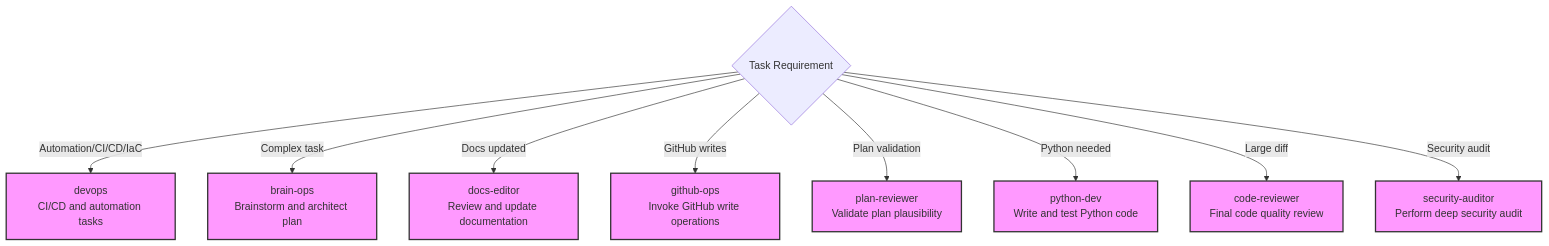
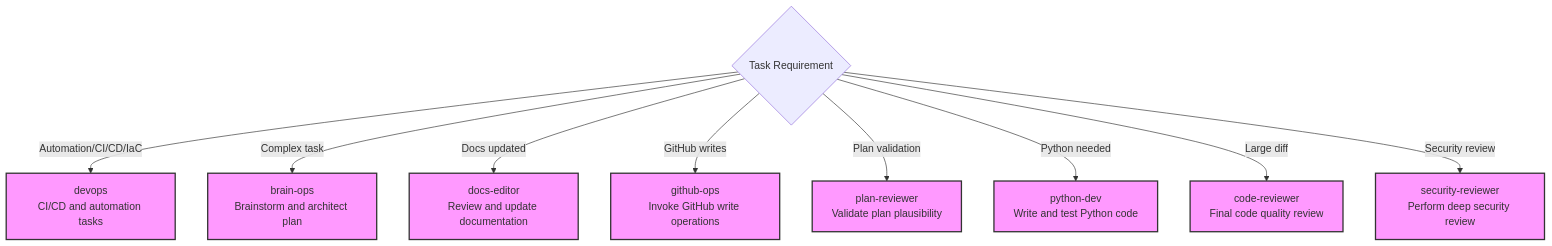
Before and after one commit to Cogni-AI-OU/cogni-ai-agent-skills: the second of 2 diagrams in subagent-task/SKILL.md, drawn with Mermaid. The commit also changed other lines of this file and 12 other files, not shown here.

Commit message:
docs: rename security-audit to security-review

````diff
--- a/subagent-task/SKILL.md
+++ b/subagent-task/SKILL.md
@@ -67,16 +67,16 @@
 ```mermaid
 flowchart TD
     Trigger{Task Requirement}
 
     Trigger -->|Automation/CI/CD/IaC| DevOps["devops<br/>CI/CD and automation tasks"]
     Trigger -->|Complex task| Brain["brain-ops<br/>Brainstorm and architect plan"]
     Trigger -->|Docs updated| Docs["docs-editor<br/>Review and update documentation"]
     Trigger -->|GitHub writes| GHOps["github-ops<br/>Invoke GitHub write operations"]
     Trigger -->|Plan validation| PlanRev["plan-reviewer<br/>Validate plan plausibility"]
     Trigger -->|Python needed| PyDev["python-dev<br/>Write and test Python code"]
     Trigger -->|Large diff| CodeRev["code-reviewer<br/>Final code quality review"]
-    Trigger -->|Security audit| SecAud["security-auditor<br/>Perform deep security audit"]
+    Trigger -->|Security review| SecRev["security-reviewer<br/>Perform deep security review"]
 
     classDef scenario fill:#f9f,stroke:#333,stroke-width:2px;
-    class Docs,Brain,PyDev,GHOps,PlanRev,CodeRev,SecAud,DevOps scenario
+    class Docs,Brain,PyDev,GHOps,PlanRev,CodeRev,SecRev,DevOps scenario
 ```
````
